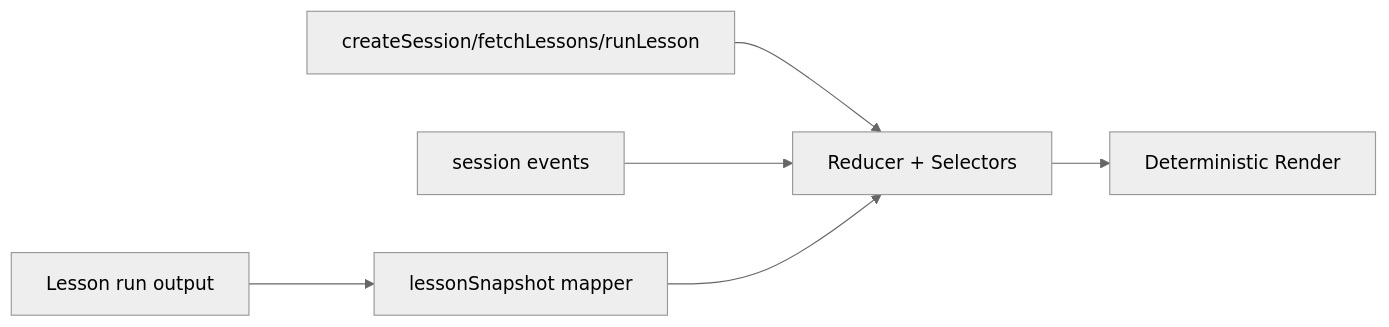
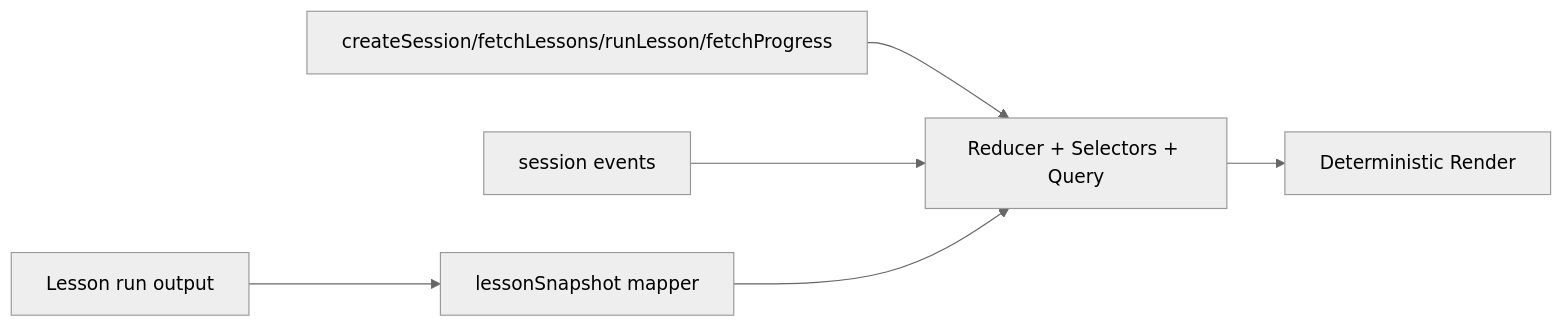
One commit to gachu2002/os-simulator changed the second of 2 diagrams in feature/04-web-ui.md. Above: the diagram before and after it, drawn with Mermaid (neutral theme). The commit also changed other lines of this file and 27 other files, not shown here.

Commit message:
feat: add staged lesson flow with persistent progress analytics

````diff
--- a/feature/04-web-ui.md
+++ b/feature/04-web-ui.md
@@ -18,8 +25,8 @@
 ```mermaid
 flowchart LR
-  HTTP[createSession/fetchLessons/runLesson] --> STATE[Reducer + Selectors]
+  HTTP[createSession/fetchLessons/runLesson/fetchProgress] --> STATE[Reducer + Selectors + Query]
   WS[session events] --> STATE
   LES[Lesson run output] --> MAP[lessonSnapshot mapper]
   MAP --> STATE
   STATE --> UI[Deterministic Render]
 ```
````
